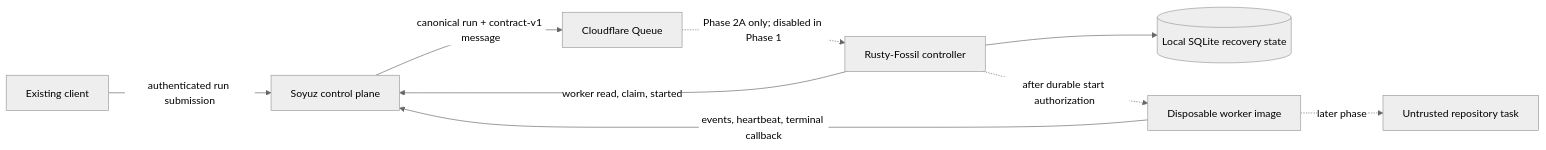
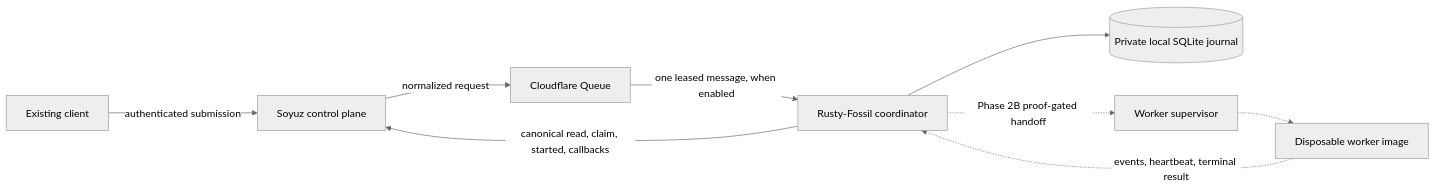
The first of 2 diagrams in docs/ARCHITECTURE.md (CyanAutomation/rusty-fossil), drawn with Mermaid (neutral theme) before and after one commit. The commit also changed other lines of this file and 30 other files, not shown here.

Commit message:
Implement Phase 2A queue authorization

````diff
--- a/docs/ARCHITECTURE.md
+++ b/docs/ARCHITECTURE.md
@@ -9,11 +9,11 @@
 ```mermaid
 flowchart LR
-    Client[Existing client] -->|authenticated run submission| Soyuz[Soyuz control plane]
-    Soyuz -->|canonical run + contract-v1 message| Queue[Cloudflare Queue]
-    Queue -.->|Phase 2A only; disabled in Phase 1| Controller[Rusty-Fossil controller]
-    Controller -->|worker read, claim, started| Soyuz
-    Controller --> SQLite[(Local SQLite recovery state)]
-    Controller -.->|after durable start authorization| Worker[Disposable worker image]
-    Worker -->|events, heartbeat, terminal callback| Soyuz
-    Worker -.->|later phase| Repo[Untrusted repository task]
+    Client[Existing client] -->|authenticated submission| Soyuz[Soyuz control plane]
+    Soyuz -->|normalized request| Queue[Cloudflare Queue]
+    Queue -->|one leased message, when enabled| Coordinator[Rusty-Fossil coordinator]
+    Coordinator -->|canonical read, claim, started, callbacks| Soyuz
+    Coordinator --> SQLite[(Private local SQLite journal)]
+    Coordinator -.->|Phase 2B proof-gated handoff| Supervisor[Worker supervisor]
+    Supervisor -.-> Worker[Disposable worker image]
+    Worker -.->|events, heartbeat, terminal result| Coordinator
 ```
````
